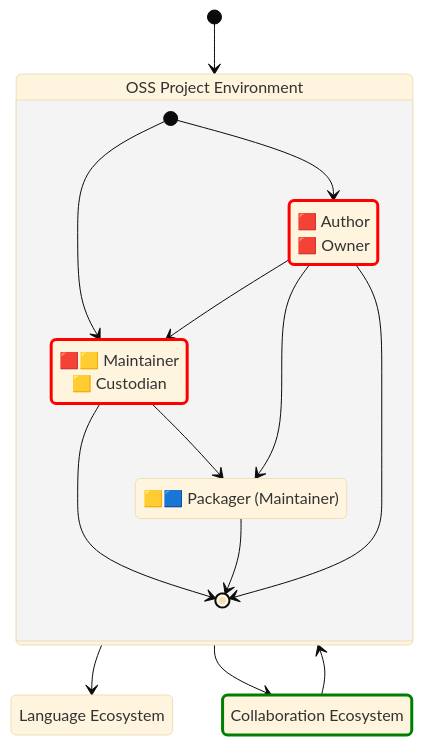
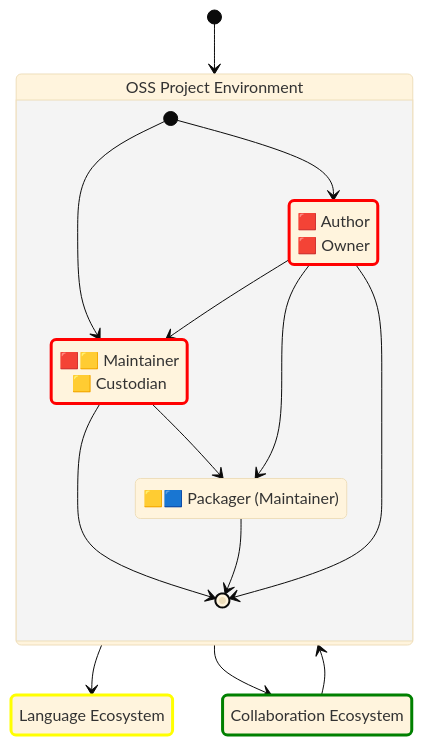
One commit to CPAN-Security/security.metacpan.org changed the fourth of 6 diagrams in docs/supplychain-sbom.md. Above: the diagram before and after it, drawn with Mermaid (base theme). The commit also changed other lines of this file, not shown here.

Commit message:
Initial addition of a metadata graph

````diff
--- a/docs/supplychain-sbom.md
+++ b/docs/supplychain-sbom.md
@@ -443,50 +443,50 @@
 ```mermaid
 stateDiagram-v2
     direction TB
     accTitle: An Idealized Open Source Supply-chain Graph
     %%accDescr: This graph illustrates how different types of development environments and ecosystems interconnect, what kind of roles you may find in these, and what type of metadata operations they may care to do
 
     %%
     classDef createsSBOM stroke:red,stroke-width:3px;
     classDef assemblesSBOM stroke:yellow,stroke-width:3px,stroke-dasharray:15 5;
     classDef updatesSBOM stroke:yellow,stroke-width:3px;
     classDef distributesSBOM stroke:green,stroke-width:3px;
     classDef verifiesSBOM stroke:#07f,stroke-width:3px;
     classDef censorsSBOM stroke:#07f,stroke-width:3px;
     classDef ignoresSBOM stroke:#777,stroke-width:3px;
 
     %% OSS Project Environment
     state "🟥 Author<br>🟥 Owner" as opensource_author
     state "🟥🟨 Maintainer<br>🟨 Custodian" as opensource_maintainer
     state "🟨🟦 Packager (Maintainer)" as language_packager
     %%
     state "OSS Project Environment" as environment_opensource {
         [*] --> opensource_author
         [*] --> opensource_maintainer
         opensource_author  --> opensource_maintainer
         opensource_maintainer --> language_packager
         opensource_author --> language_packager
         opensource_maintainer --> [*]
         language_packager --> [*]
         opensource_author --> [*]
     }
     %%
     class opensource_author createsSBOM
     class opensource_maintainer createsSBOM
     class ecosystem_repo distributesSBOM
-    class ecosystem_language updatesSBOM
+    class ecosystem_lang updatesSBOM
 
     [*] --> environment_opensource
 
     %% Language Ecosystem
     state "Language Ecosystem" as ecosystem_lang
     environment_opensource --> ecosystem_lang
 
     %% Collaboration Ecosystem
     state "Collaboration Ecosystem" as ecosystem_repo
     environment_opensource --> ecosystem_repo
     ecosystem_repo         --> environment_opensource
 
     %% Copyright © 2024 Salve J. Nilsen <sjn@oslo.pm>
     %% Some rights reserved. Licensed CC-BY-SA-4.0
 ```
````
